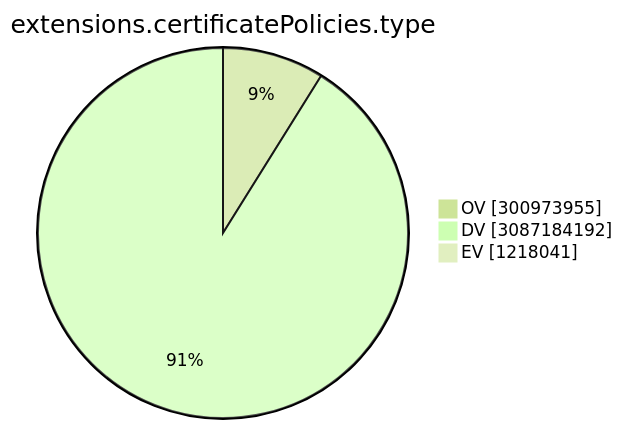
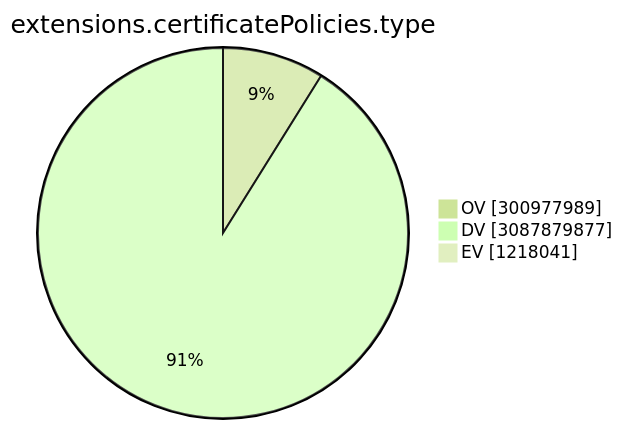
One commit to christiankrug/ctmonitor_visualization changed the ninth of 15 diagrams in TOTAL/README.md. Above: the diagram before and after it, drawn with Mermaid (forest theme). The commit also changed other lines of this file, not shown here.

````diff
--- a/TOTAL/README.md
+++ b/TOTAL/README.md
@@ -3103,7 +3103,7 @@
 ```mermaid
 pie showData
 title extensions.certificatePolicies.type
-"OV" :300973955
-"DV" :3087184192
+"OV" :300977989
+"DV" :3087879877
 "EV" :1218041
 ```
````
